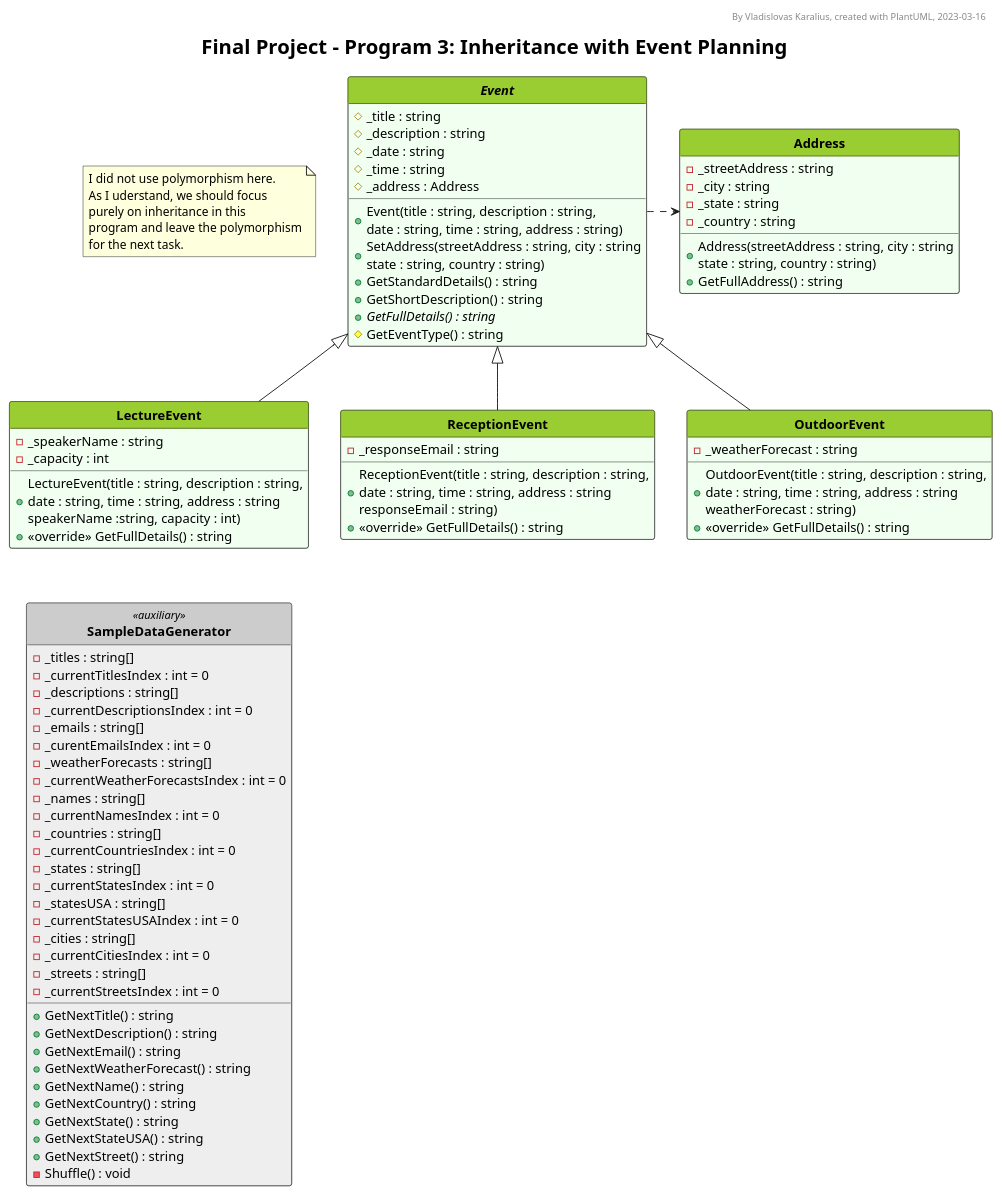
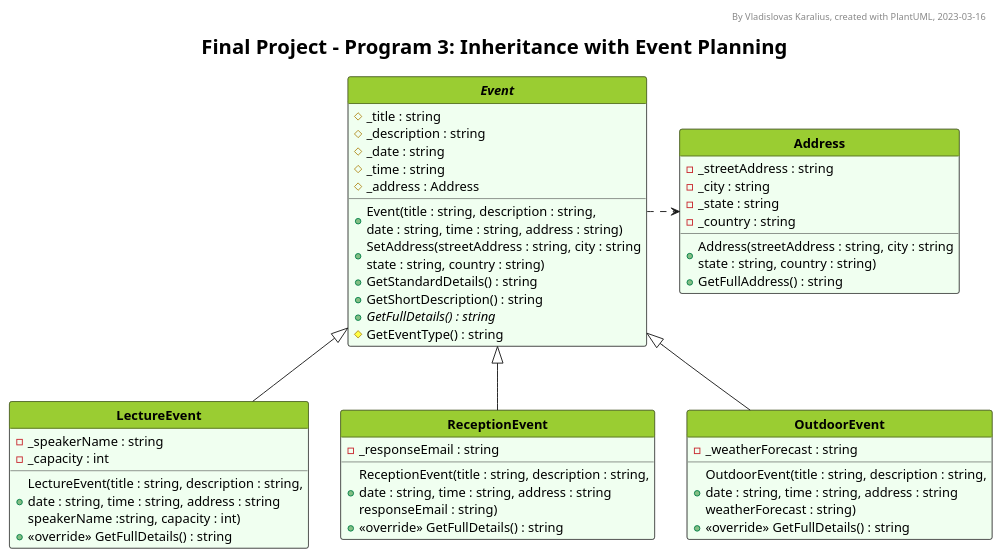
One commit to VladKaralius/cse210-projects changed the diagram in final/Foundation3/UML_diagram.pu. Above: the diagram before and after it, drawn with PlantUML. The commit also changed 3 other files, not shown here.

```diff
--- a/final/Foundation3/UML_diagram.pu
+++ b/final/Foundation3/UML_diagram.pu
@@ -1,160 +1,153 @@
 @startuml UML_diagram
 
 '--Formatting options--
 hide circle
 hide empty members
 'skinparam classAttributeIconSize 0
 skinparam style strictuml
 'skinparam groupInheritance 2
 'skinparam linetype ortho
 'skinparam Nodesep 15
 'skinparam Ranksep 25
 'left to right direction
 
 '--Styling--
 'skinparam BackgroundColor White/LightGreen
 skinparam TitleFontSize 22
 
 <style>
 classDiagram {
   class {
     '-attributes and methods-
     'FontSize 14
     'FontColor black
     'BackgroundColor #fefece
     BackgroundColor #f0fff0
     'RoundCorner 0
     '-class name-
     header {
       'FontSize 12
       'FontColor Black
       FontStyle bold
       BackgroundColor YellowGreen
     }
 
     ' Alternative class style 1
     .gaming {
       BackgroundColor Bisque
       header {
         BackgroundColor Orange
       }
     }
 
     ' Alternative class style 2
     .auxiliary {
       BackgroundColor #eeeeee
       header {
         BackgroundColor #cccccc
       }
     }
   }
   
   ' note {
   '   BackgroundColor Yellow
   ' }
   legend {
     FontSize 18
   }
 </style>
 
 '--Header, title, caption--
 header By Vladislovas Karalius, created with PlantUML, 2023-03-16
 title Final Project - Program 3: Inheritance with Event Planning
 
 '--Main--
 abstract class Event {
   # _title : string
   # _description : string
   # _date : string
   # _time : string
   # _address : Address
   + Event(title : string, description : string,\ndate : string, time : string, address : string)
   + SetAddress(streetAddress : string, city : string\nstate : string, country : string)
   + GetStandardDetails() : string
   + GetShortDescription() : string
   + {abstract} GetFullDetails() : string
   # GetEventType() : string
 }
 
 class Address {
   - _streetAddress : string
   - _city : string
   - _state : string
   - _country : string
   + Address(streetAddress : string, city : string\nstate : string, country : string)
   + GetFullAddress() : string
 }
 
 class LectureEvent extends Event {
 - _speakerName : string
 - _capacity : int
 + LectureEvent(title : string, description : string,\ndate : string, time : string, address : string\nspeakerName :string, capacity : int)
 + <<override>> GetFullDetails() : string
 }
 
 class ReceptionEvent extends Event {
 - _responseEmail : string
 + ReceptionEvent(title : string, description : string,\ndate : string, time : string, address : string\nresponseEmail : string)
 + <<override>> GetFullDetails() : string
 }
 
 class OutdoorEvent extends Event {
 - _weatherForecast : string
 + OutdoorEvent(title : string, description : string,\ndate : string, time : string, address : string\nweatherForecast : string)
 + <<override>> GetFullDetails() : string
 }
 
-class SampleDataGenerator <<auxiliary>> {
-  - _titles : string[]
-  - _currentTitlesIndex : int = 0
-  - _descriptions : string[]
-  - _currentDescriptionsIndex : int = 0
-  - _emails : string[]
-  - _curentEmailsIndex : int = 0
-  - _weatherForecasts : string[]
-  - _currentWeatherForecastsIndex : int = 0
-  - _names : string[]
-  - _currentNamesIndex : int = 0
-  - _countries : string[]
-  - _currentCountriesIndex : int = 0
-  - _states : string[]
-  - _currentStatesIndex : int = 0
-  - _statesUSA : string[]
-  - _currentStatesUSAIndex : int = 0
-  - _cities : string[]
-  - _currentCitiesIndex : int = 0
-  - _streets : string[]
-  - _currentStreetsIndex : int = 0
-  + GetNextTitle() : string
-  + GetNextDescription() : string
-  + GetNextEmail() : string
-  + GetNextWeatherForecast() : string
-  + GetNextName() : string
-  + GetNextCountry() : string
-  + GetNextState() : string
-  + GetNextStateUSA() : string
-  + GetNextStreet() : string
-  - Shuffle() : void
-}
+' class SampleDataGenerator <<auxiliary>> {
+'   - _titles : string[]
+'   - _currentTitlesIndex : int = 0
+'   - _descriptions : string[]
+'   - _currentDescriptionsIndex : int = 0
+'   - _emails : string[]
+'   - _curentEmailsIndex : int = 0
+'   - _weatherForecasts : string[]
+'   - _currentWeatherForecastsIndex : int = 0
+'   - _names : string[]
+'   - _currentNamesIndex : int = 0
+'   - _countries : string[]
+'   - _currentCountriesIndex : int = 0
+'   - _states : string[]
+'   - _currentStatesIndex : int = 0
+'   - _statesUSA : string[]
+'   - _currentStatesUSAIndex : int = 0
+'   - _cities : string[]
+'   - _currentCitiesIndex : int = 0
+'   - _streets : string[]
+'   - _currentStreetsIndex : int = 0
+'   + GetNextTitle() : string
+'   + GetNextDescription() : string
+'   + GetNextEmail() : string
+'   + GetNextWeatherForecast() : string
+'   + GetNextName() : string
+'   + GetNextCountry() : string
+'   + GetNextState() : string
+'   + GetNextStateUSA() : string
+'   + GetNextStreet() : string
+'   - Shuffle() : void
+' }
 
-note as Note1
-I did not use polymorphism here.
-As I uderstand, we should focus
-purely on inheritance in this
-program and leave the polymorphism
-for the next task.
-endnote
+
 
 Event .> Address
-Event .l[hidden] Note1
-LectureEvent .[hidden]. SampleDataGenerator
+'LectureEvent .[hidden]. SampleDataGenerator
 
 
 '--Description--
 ' legend bottom
 ' <size:22>__**Core Requirements**__
 ' The program has one base class **Activity**. This class contains the attributes and methods
 ' that are common to all activities. Certain functions are put into separate classes as follows:
 ' endlegend
 
 @enduml
```
